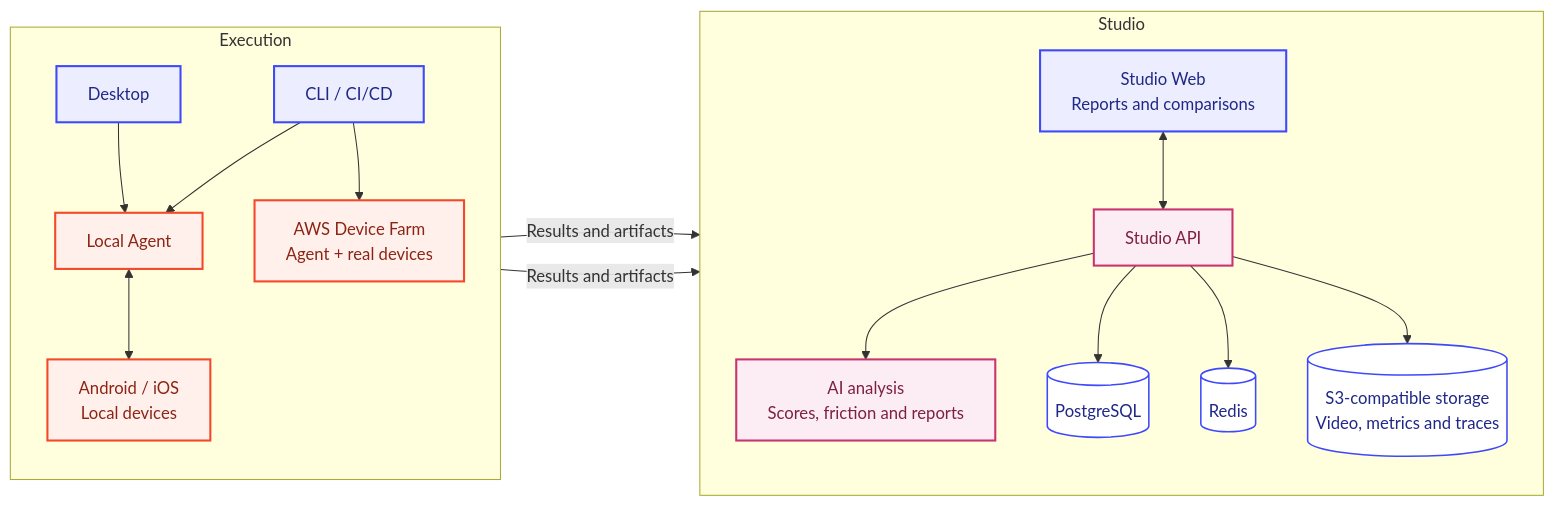
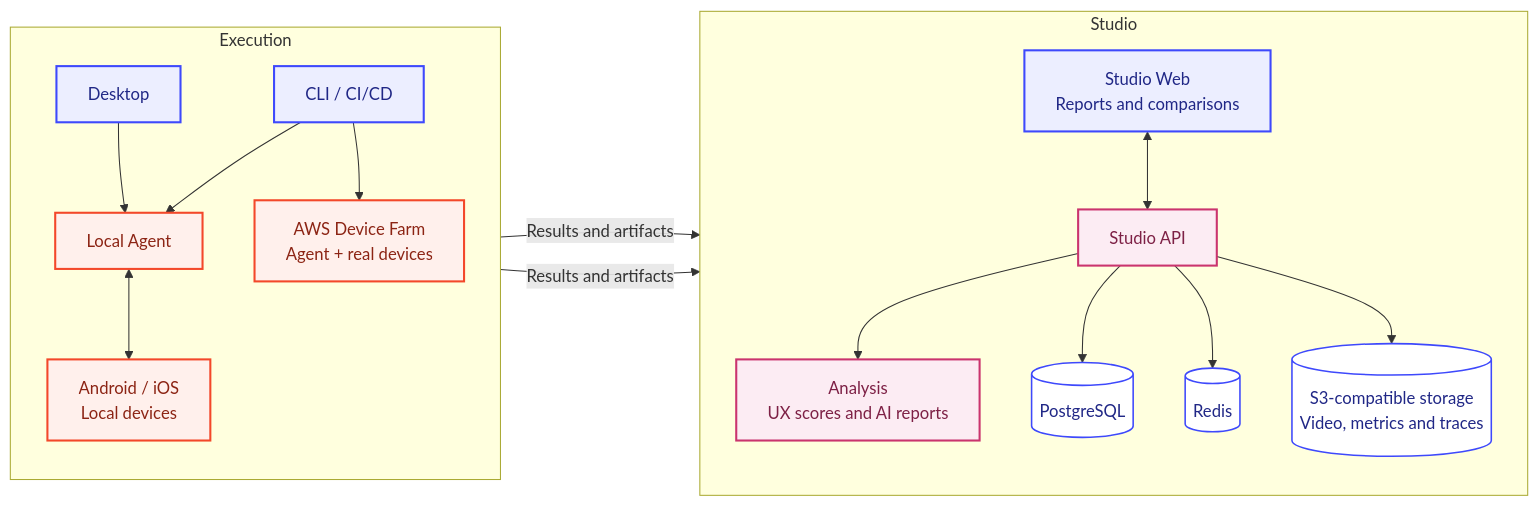
The diagram in profile/README.md (apptim-reborn/.github), drawn with Mermaid before and after one commit. The commit also changed other lines of this file, not shown here.

First line of the commit message:
docs: explain Apptim purpose, workflow and architecture

````diff
--- a/profile/README.md
+++ b/profile/README.md
@@ -23,42 +30,42 @@
 ```mermaid
 flowchart LR
     subgraph execution["Execution"]
         direction TB
         desktop["Desktop"]
         cli["CLI / CI/CD"]
         agent["Local Agent"]
         devices["Android / iOS<br/>Local devices"]
         farm["AWS Device Farm<br/>Agent + real devices"]
         desktop --> agent
         cli --> agent
         agent <--> devices
         cli --> farm
     end
 
     subgraph studio["Studio"]
         direction TB
         api["Studio API"]
-        analysis["AI analysis<br/>Scores, friction and reports"]
+        analysis["Analysis<br/>UX scores and AI reports"]
         data[("PostgreSQL")]
         cache[("Redis")]
         files[("S3-compatible storage<br/>Video, metrics and traces")]
         web["Studio Web<br/>Reports and comparisons"]
         api --> analysis
         api --> data
         api --> cache
         api --> files
         web <--> api
     end
 
     agent -->|"Results and artifacts"| api
     farm -->|"Results and artifacts"| api
 
     classDef client fill:#eceeff,stroke:#3e49fc,color:#202786,stroke-width:2px
     classDef capture fill:#fff0ec,stroke:#f3482a,color:#8c2414,stroke-width:2px
     classDef backend fill:#fcecf3,stroke:#ca346e,color:#7d2045,stroke-width:2px
     classDef storage fill:#ffffff,stroke:#3e49fc,color:#202786,stroke-width:1.5px
     class desktop,cli,web client
     class agent,devices,farm capture
     class api,analysis backend
     class data,cache,files storage
 ```
````
